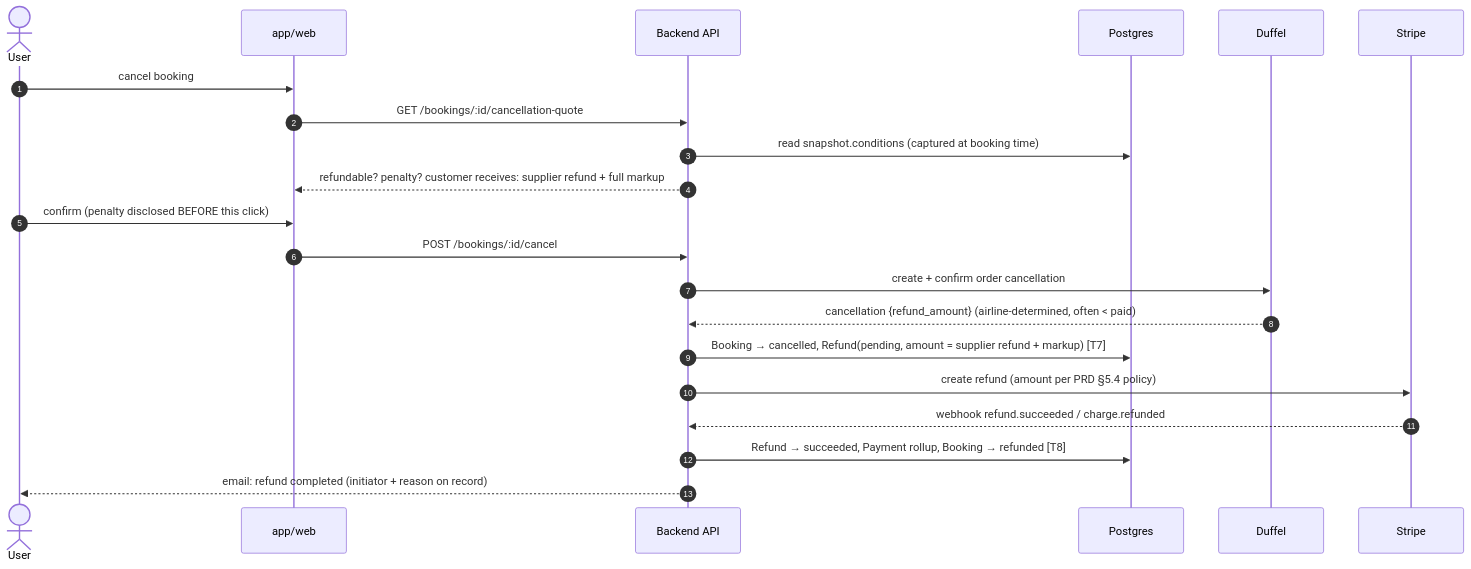
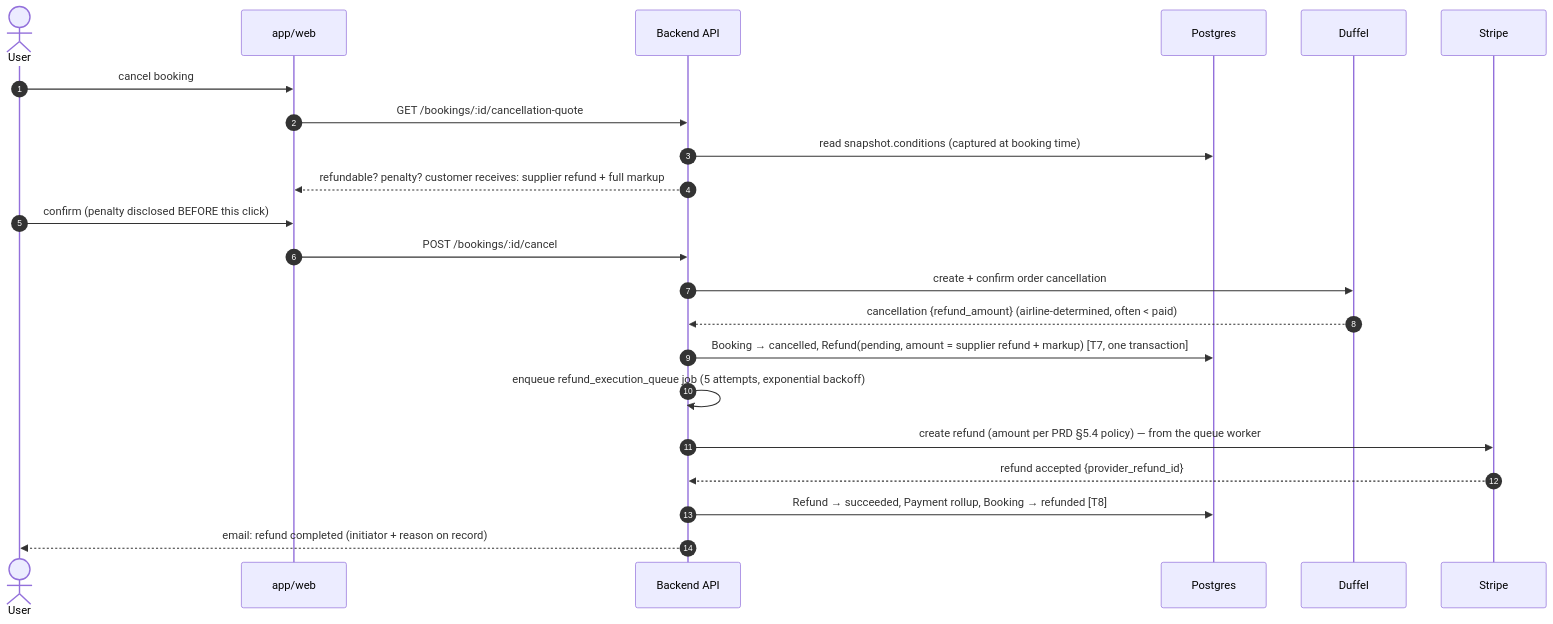
The fifth of 7 diagrams in docs/sequence_diagrams.md (Kamel-27/travel-platform), drawn with Mermaid before and after one commit. The commit also changed other lines of this file and 18 other files, not shown here.

````diff
--- a/docs/sequence_diagrams.md
+++ b/docs/sequence_diagrams.md
@@ -144,24 +144,25 @@
 ```mermaid
 sequenceDiagram
     autonumber
     actor U as User
     participant W as app/web
     participant API as Backend API
     participant DB as Postgres
     participant D as Duffel
     participant S as Stripe
 
     U->>W: cancel booking
     W->>API: GET /bookings/:id/cancellation-quote
     API->>DB: read snapshot.conditions (captured at booking time)
     API-->>W: refundable? penalty? customer receives: supplier refund + full markup
     U->>W: confirm (penalty disclosed BEFORE this click)
     W->>API: POST /bookings/:id/cancel
     API->>D: create + confirm order cancellation
     D-->>API: cancellation {refund_amount}  (airline-determined, often < paid)
-    API->>DB: Booking → cancelled, Refund(pending, amount = supplier refund + markup)  [T7]
-    API->>S: create refund (amount per PRD §5.4 policy)
-    S-->>API: webhook refund.succeeded / charge.refunded
+    API->>DB: Booking → cancelled, Refund(pending, amount = supplier refund + markup)  [T7, one transaction]
+    API->>API: enqueue refund_execution_queue job (5 attempts, exponential backoff)
+    API->>S: create refund (amount per PRD §5.4 policy) — from the queue worker
+    S-->>API: refund accepted {provider_refund_id}
     API->>DB: Refund → succeeded, Payment rollup, Booking → refunded  [T8]
     API-->>U: email: refund completed (initiator + reason on record)
 ```
````
